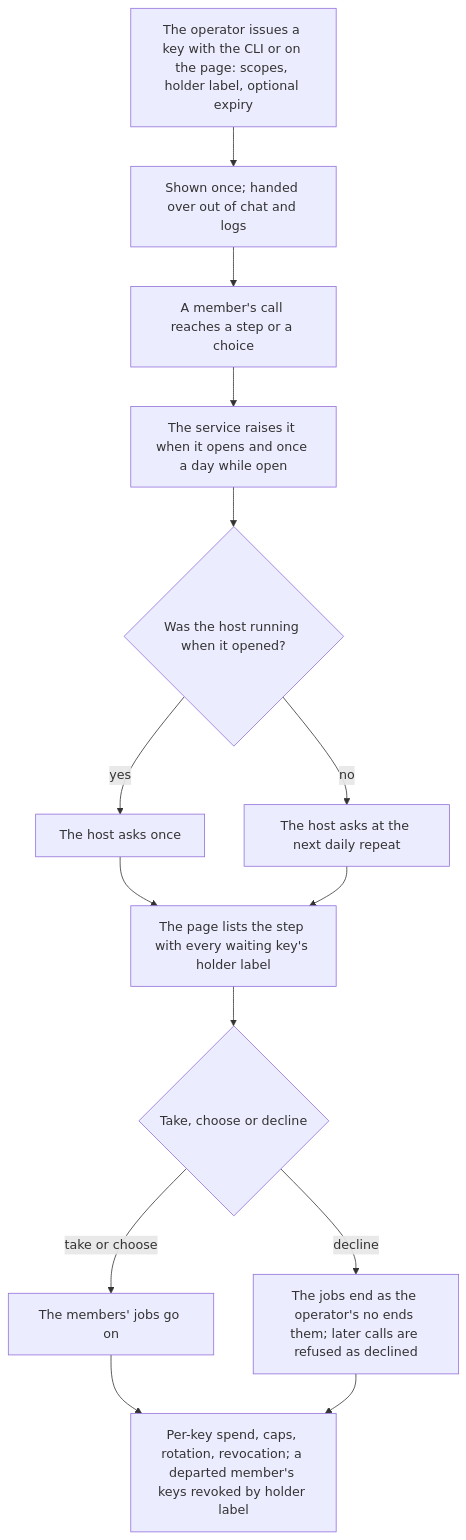
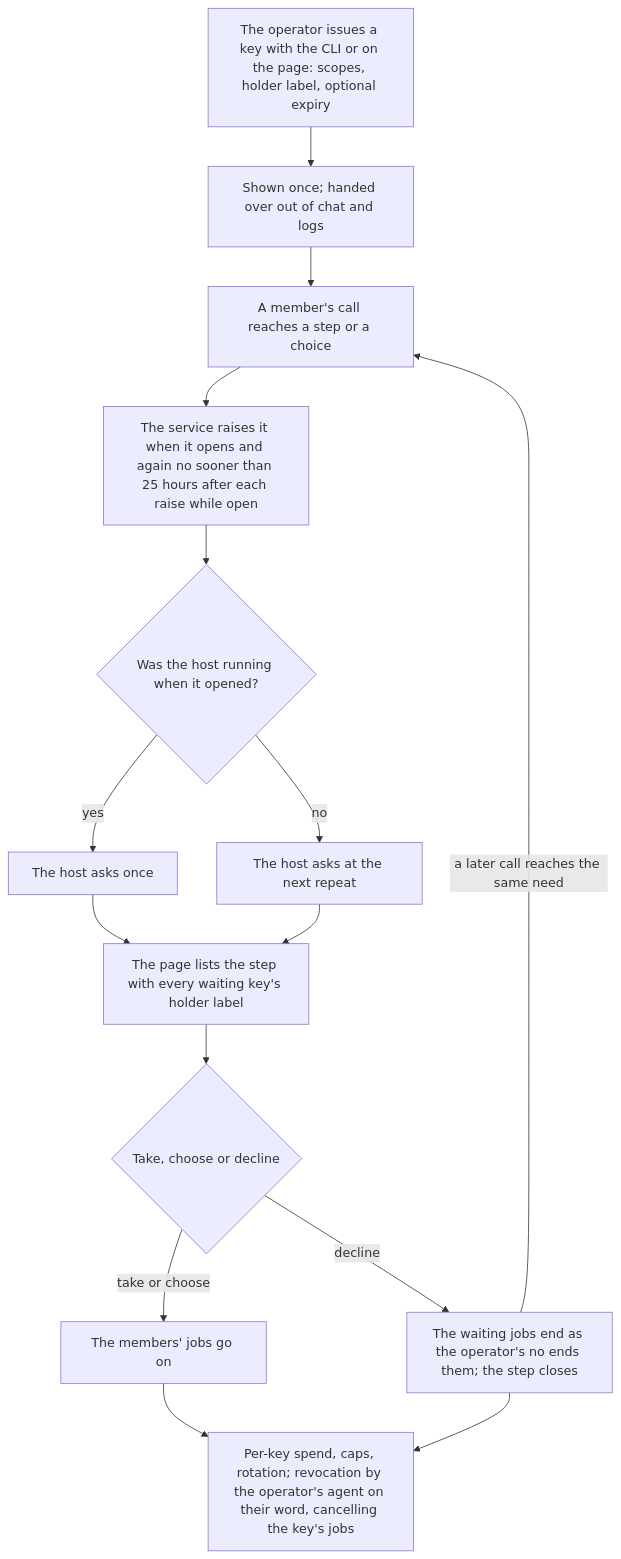
One commit to passioncode-ai/fabric-agent-contract changed diagram 36 of 36 in docs/ux/flows.md. Above: the diagram before and after it, drawn with Mermaid. The commit also changed other lines of this file and 12 other files, not shown here.

First line of the commit message:
DEC-0159 round 9 folded: a job step's inputResponses keeps its gate, a decline answers only its waiting jobs, a revoked key cancels its jobs

````diff
--- a/docs/ux/flows.md
+++ b/docs/ux/flows.md
@@ -967,16 +967,17 @@
 ```mermaid
 flowchart TD
   I[The operator issues a key with the CLI or on the page: scopes, holder label, optional expiry] --> H[Shown once; handed over out of chat and logs]
   H --> C[A member's call reaches a step or a choice]
-  C --> E[The service raises it when it opens and once a day while open]
+  C --> E[The service raises it when it opens and again no sooner than 25 hours after each raise while open]
   E --> A{Was the host running when it opened?}
   A -->|yes| K[The host asks once]
-  A -->|no| N[The host asks at the next daily repeat]
+  A -->|no| N[The host asks at the next repeat]
   K --> P[The page lists the step with every waiting key's holder label]
   N --> P
   P --> D{Take, choose or decline}
   D -->|take or choose| G[The members' jobs go on]
-  D -->|decline| X[The jobs end as the operator's no ends them; later calls are refused as declined]
-  G --> R[Per-key spend, caps, rotation, revocation; a departed member's keys revoked by holder label]
+  D -->|decline| X[The waiting jobs end as the operator's no ends them; the step closes]
+  X -->|a later call reaches the same need| C
+  G --> R[Per-key spend, caps, rotation; revocation by the operator's agent on their word, cancelling the key's jobs]
   X --> R
 ```
````
